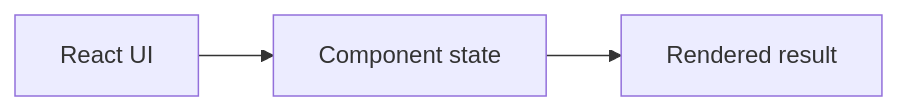
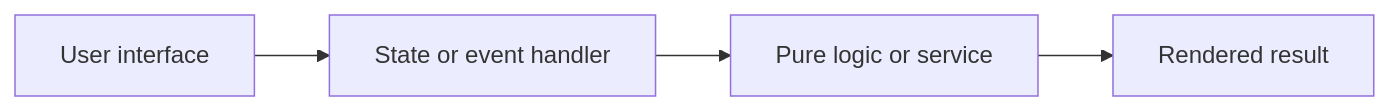
One commit to Brajesh31/codersh_task changed the diagram in docs/templates/technical-design.md. Above: the diagram before and after it, drawn with Mermaid. The commit also changed other lines of this file and 25 other files, not shown here.

````diff
--- a/docs/templates/technical-design.md
+++ b/docs/templates/technical-design.md
@@ -8,5 +18,6 @@
 ```mermaid
 flowchart LR
-  UI[React UI] --> State[Component state]
-  State --> View[Rendered result]
+  A[User interface] --> B[State or event handler]
+  B --> C[Pure logic or service]
+  C --> D[Rendered result]
 ```
````
